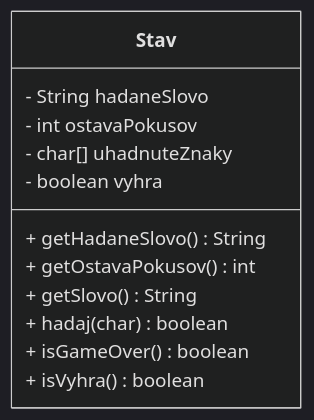
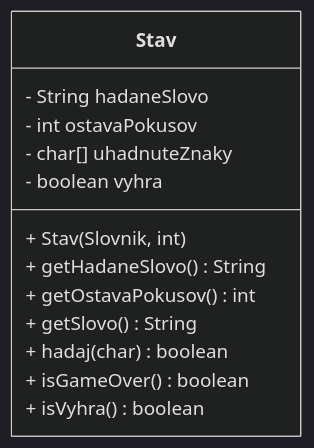
One commit to wagjo/oop changed the second of 4 diagrams in docs/cvicenie-3/c08-konstruktor.md. Above: the diagram before and after it, drawn with Mermaid (dark theme). The commit also changed other lines of this file and 3 other files, not shown here.

````diff
--- a/docs/cvicenie-3/c08-konstruktor.md
+++ b/docs/cvicenie-3/c08-konstruktor.md
@@ -106,16 +283,17 @@
 ```mermaid
 classDiagram
 direction BT
 class Stav {
   - String hadaneSlovo
   - int ostavaPokusov
   - char[] uhadnuteZnaky
   - boolean vyhra
+  + Stav(Slovnik, int)
   + getHadaneSlovo() String
   + getOstavaPokusov() int
   + getSlovo() String
   + hadaj(char) boolean
   + isGameOver() boolean
   + isVyhra() boolean
 }
 ```
````
